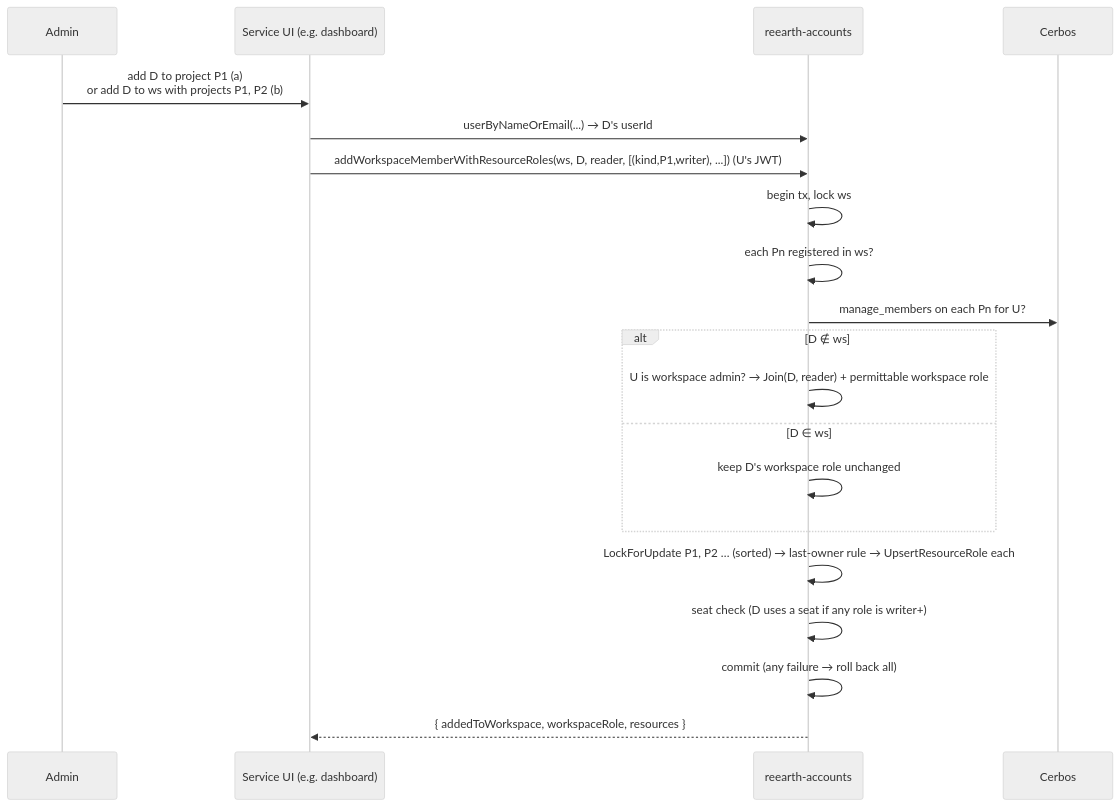
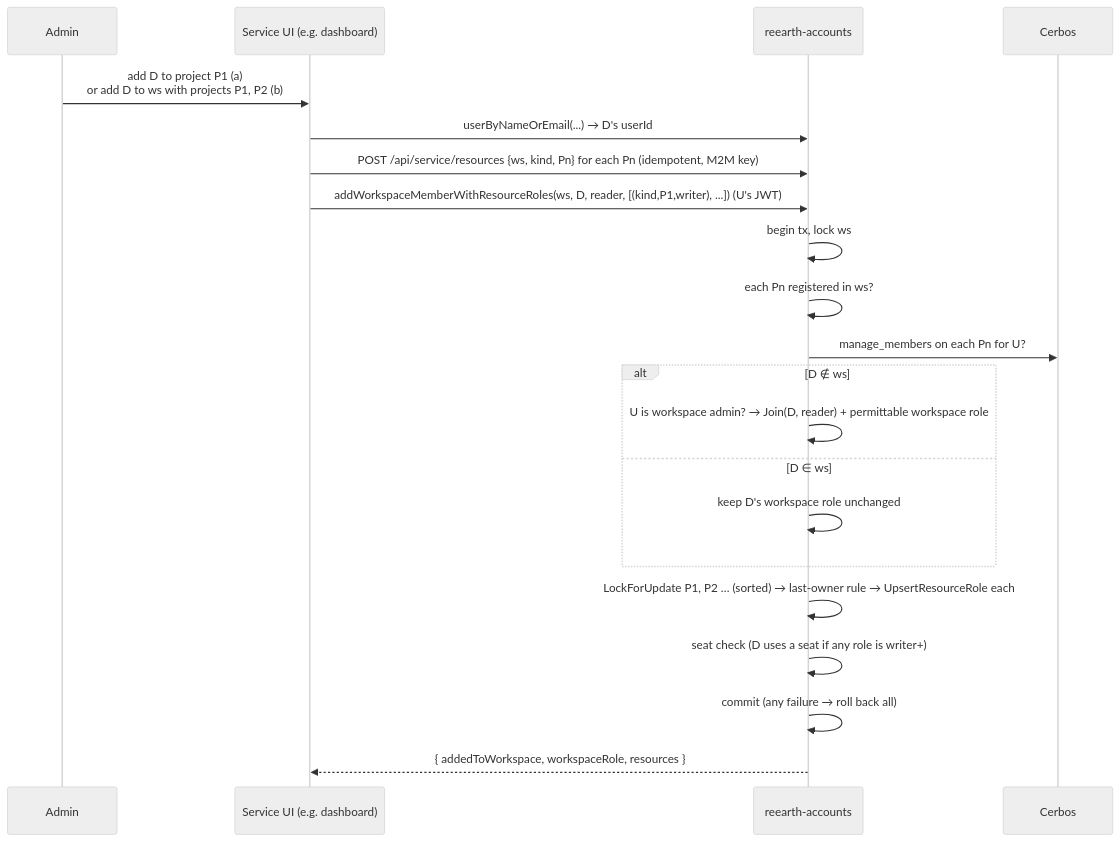
The third of 6 diagrams in server/docs/usecase/resource-role-binding.ja.md (reearth/reearth-accounts), drawn with Mermaid (neutral theme) before and after one commit. The commit also changed other lines of this file and 1 other file, not shown here.

````diff
--- a/server/docs/usecase/resource-role-binding.ja.md
+++ b/server/docs/usecase/resource-role-binding.ja.md
@@ -809,23 +858,24 @@
 ```mermaid
 sequenceDiagram
     participant U as Admin
     participant S as Service UI (e.g. dashboard)
     participant A as reearth-accounts
     participant C as Cerbos
 
     U->>S: add D to project P1 (a)<br/>or add D to ws with projects P1, P2 (b)
     S->>A: userByNameOrEmail(...) → D's userId
+    S->>A: POST /api/service/resources {ws, kind, Pn} for each Pn (idempotent, M2M key)
     S->>A: addWorkspaceMemberWithResourceRoles(ws, D, reader, [(kind,P1,writer), ...]) (U's JWT)
     A->>A: begin tx, lock ws
     A->>A: each Pn registered in ws?
     A->>C: manage_members on each Pn for U?
     alt D ∉ ws
         A->>A: U is workspace admin? → Join(D, reader) + permittable workspace role
     else D ∈ ws
         A->>A: keep D's workspace role unchanged
     end
     A->>A: LockForUpdate P1, P2 … (sorted) → last-owner rule → UpsertResourceRole each
     A->>A: seat check (D uses a seat if any role is writer+)
     A->>A: commit (any failure → roll back all)
     A-->>S: { addedToWorkspace, workspaceRole, resources }
 ```
````
